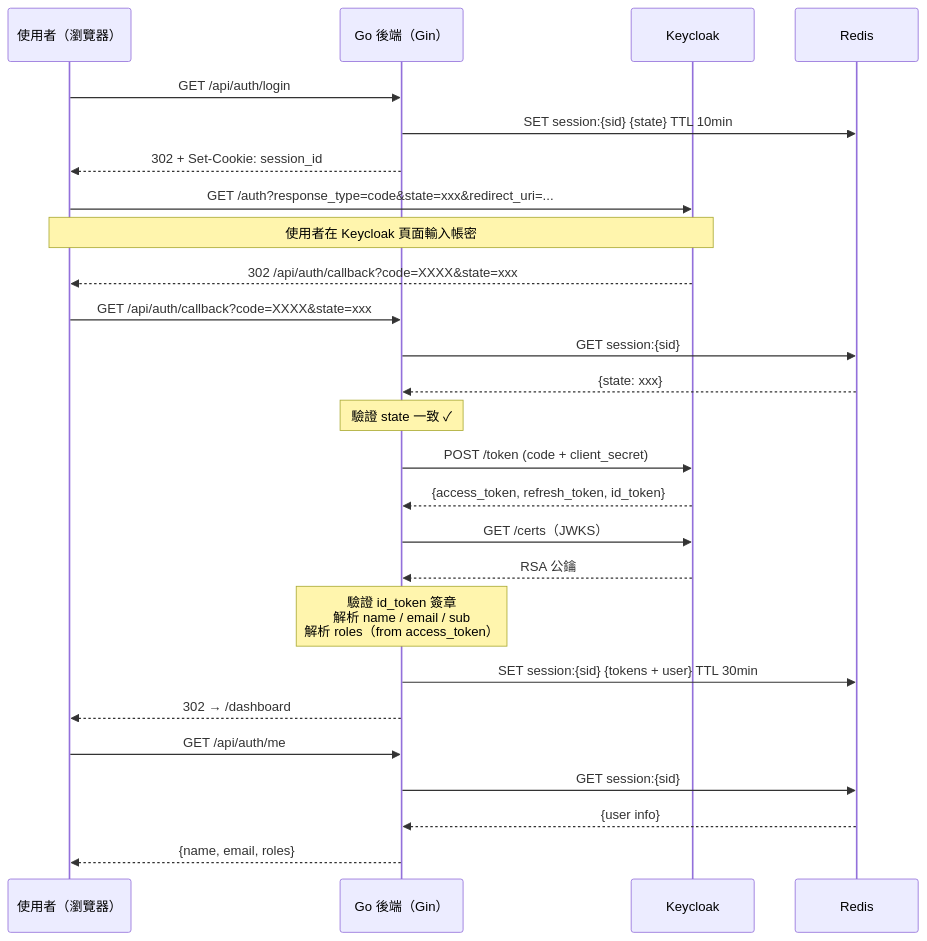
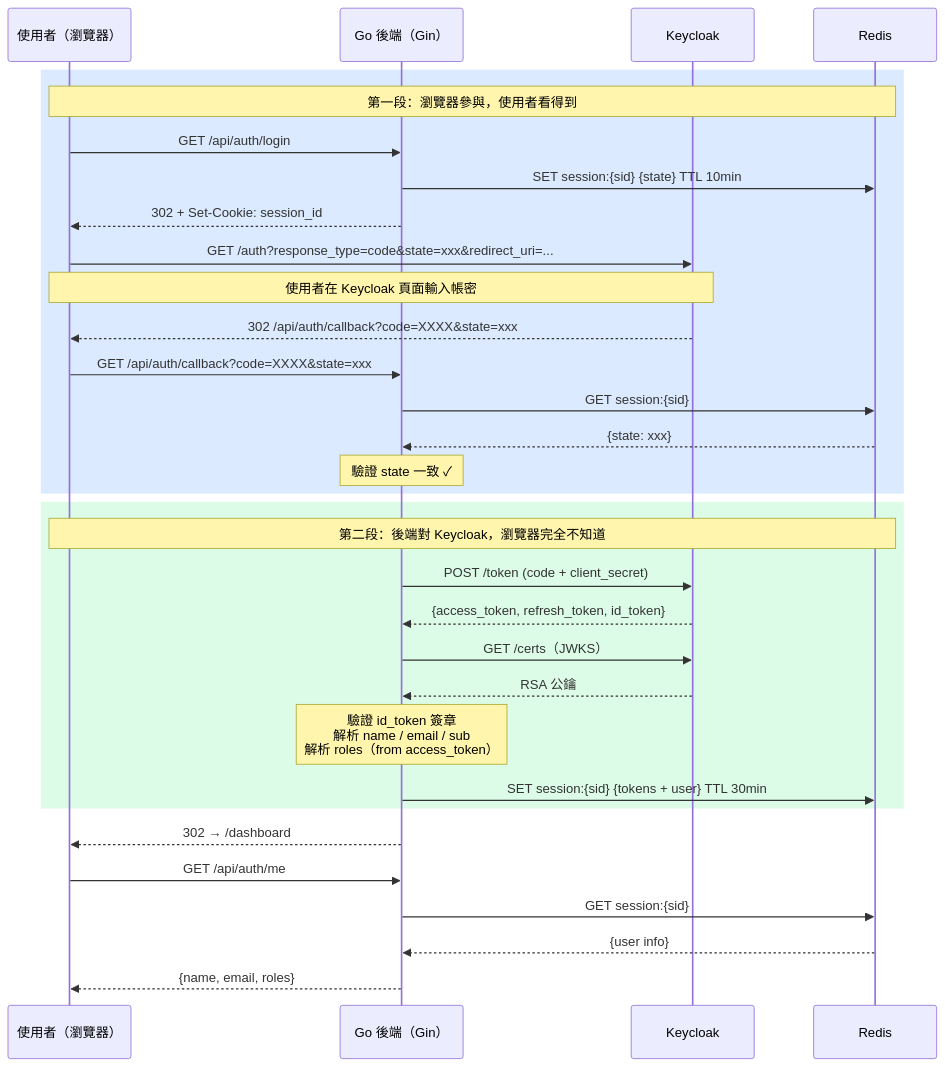
Before and after one commit to BBRenHao35/oauth2-sso-demo: the second of 2 diagrams in README.md, drawn with Mermaid.

Commit message:
docs: highlight two-stage OAuth2 flow with color blocks in sequence diagram

````diff
--- a/README.md
+++ b/README.md
@@ -69,35 +69,42 @@
 ```mermaid
 sequenceDiagram
     participant B as 使用者（瀏覽器）
     participant G as Go 後端（Gin）
     participant K as Keycloak
     participant R as Redis
 
-    B->>G: GET /api/auth/login
-    G->>R: SET session:{sid} {state}  TTL 10min
-    G-->>B: 302 + Set-Cookie: session_id
+    rect rgb(219, 234, 254)
+        Note over B,R: 第一段：瀏覽器參與，使用者看得到
+        B->>G: GET /api/auth/login
+        G->>R: SET session:{sid} {state}  TTL 10min
+        G-->>B: 302 + Set-Cookie: session_id
 
-    B->>K: GET /auth?response_type=code&state=xxx&redirect_uri=...
-    Note over B,K: 使用者在 Keycloak 頁面輸入帳密
-    K-->>B: 302 /api/auth/callback?code=XXXX&state=xxx
+        B->>K: GET /auth?response_type=code&state=xxx&redirect_uri=...
+        Note over B,K: 使用者在 Keycloak 頁面輸入帳密
+        K-->>B: 302 /api/auth/callback?code=XXXX&state=xxx
 
-    B->>G: GET /api/auth/callback?code=XXXX&state=xxx
-    G->>R: GET session:{sid}
-    R-->>G: {state: xxx}
-    Note over G: 驗證 state 一致 ✓
+        B->>G: GET /api/auth/callback?code=XXXX&state=xxx
+        G->>R: GET session:{sid}
+        R-->>G: {state: xxx}
+        Note over G: 驗證 state 一致 ✓
+    end
 
-    G->>K: POST /token (code + client_secret)
-    K-->>G: {access_token, refresh_token, id_token}
+    rect rgb(220, 252, 231)
+        Note over B,R: 第二段：後端對 Keycloak，瀏覽器完全不知道
+        G->>K: POST /token (code + client_secret)
+        K-->>G: {access_token, refresh_token, id_token}
 
-    G->>K: GET /certs（JWKS）
-    K-->>G: RSA 公鑰
-    Note over G: 驗證 id_token 簽章<br/>解析 name / email / sub<br/>解析 roles（from access_token）
+        G->>K: GET /certs（JWKS）
+        K-->>G: RSA 公鑰
+        Note over G: 驗證 id_token 簽章<br/>解析 name / email / sub<br/>解析 roles（from access_token）
 
-    G->>R: SET session:{sid} {tokens + user}  TTL 30min
+        G->>R: SET session:{sid} {tokens + user}  TTL 30min
+    end
+
     G-->>B: 302 → /dashboard
 
     B->>G: GET /api/auth/me
     G->>R: GET session:{sid}
     R-->>G: {user info}
     G-->>B: {name, email, roles}
 ```
````
